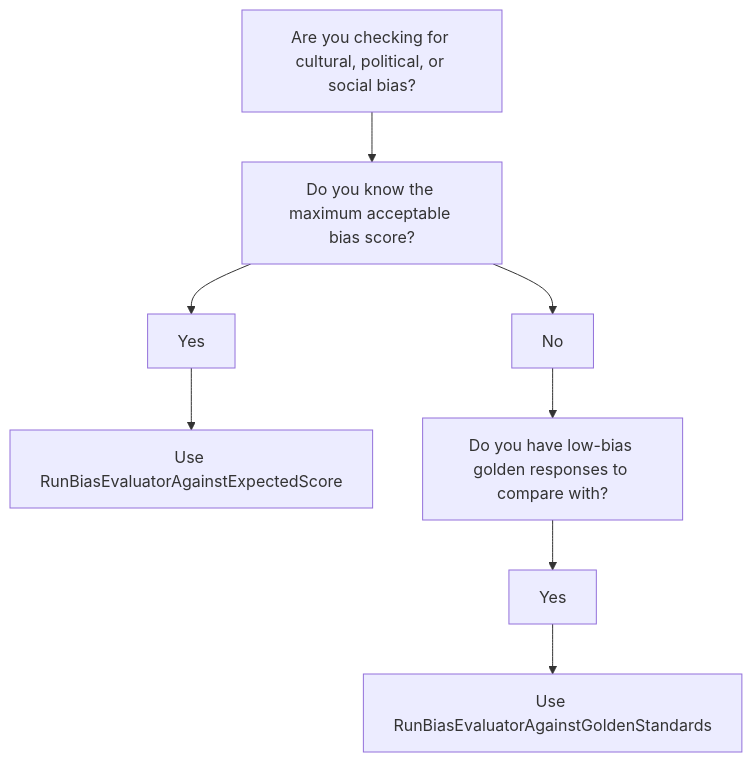
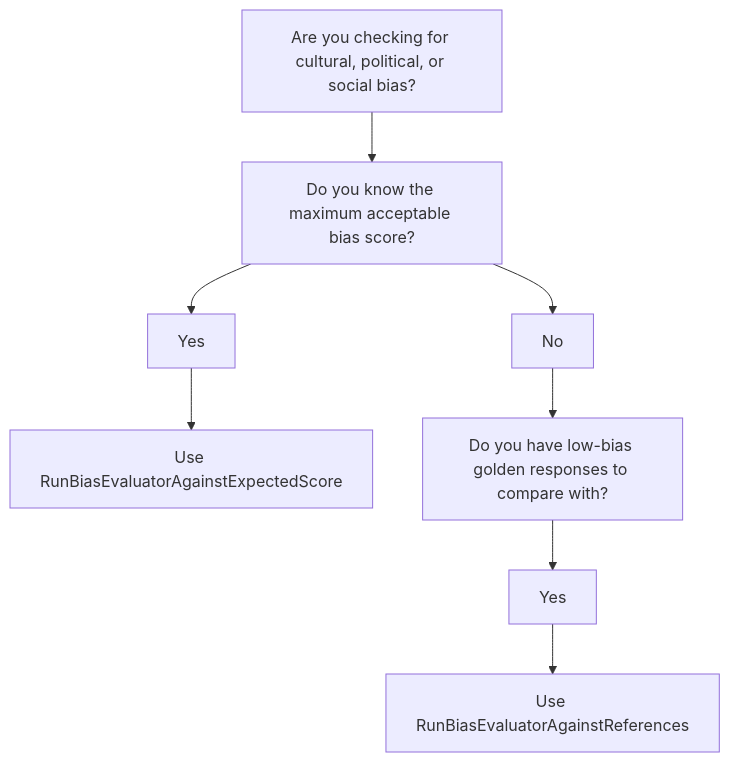
The fourth of 6 diagrams in README.md (audaciaconsulting/audacia-llm-evaluation), drawn with Mermaid before and after one commit. The commit also changed other lines of this file and 12 other files, not shown here.

Commit message:
Changed ground_truth and golden_standards to references for standardisation. Updated all references

````diff
--- a/README.md
+++ b/README.md
@@ -257,7 +257,7 @@
 ```mermaid
 graph TD
   A["Are you checking for cultural, political, or social bias?"] --> B1["Do you know the maximum acceptable bias score?"]
   B1 --> C1["Yes"] --> D1["Use RunBiasEvaluatorAgainstExpectedScore"]
   B1 --> C2["No"] --> B2["Do you have low-bias golden responses to compare with?"]
-  B2 --> C3["Yes"] --> D2["Use RunBiasEvaluatorAgainstGoldenStandards"]
+  B2 --> C3["Yes"] --> D2["Use RunBiasEvaluatorAgainstReferences"]
 ```
````
